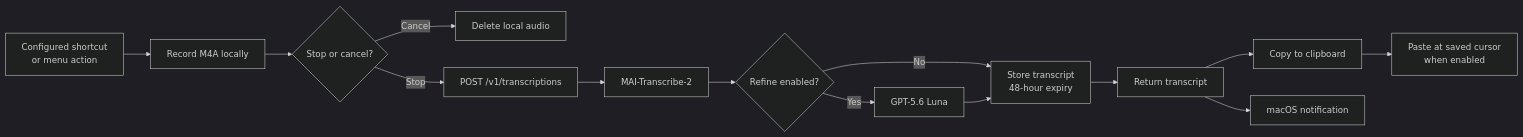
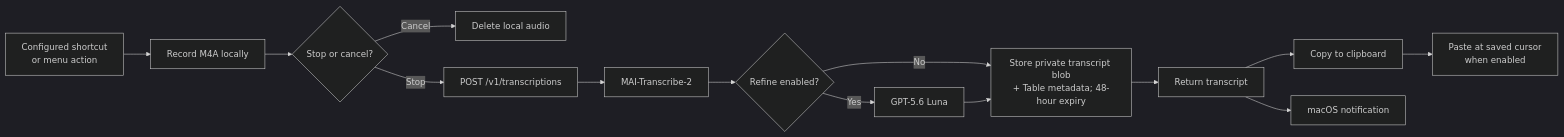
One commit to michalmar/voice-memo changed the first of 2 diagrams in README.md. Above: the diagram before and after it, drawn with Mermaid (dark theme). The commit also changed other lines of this file and 20 other files, not shown here.

````diff
--- a/README.md
+++ b/README.md
@@ -63,16 +63,16 @@
 ```mermaid
 flowchart LR
     Start["Configured shortcut<br/>or menu action"] --> Record["Record M4A locally"]
     Record --> Stop{"Stop or cancel?"}
     Stop -->|Cancel| Delete["Delete local audio"]
     Stop -->|Stop| API["POST /v1/transcriptions"]
     API --> MAI["MAI-Transcribe-2"]
     MAI --> Choice{"Refine enabled?"}
     Choice -->|Yes| Luna["GPT-5.6 Luna"]
-    Choice -->|No| Store["Store transcript<br/>48-hour expiry"]
+    Choice -->|No| Store["Store private transcript blob<br/>+ Table metadata; 48-hour expiry"]
     Luna --> Store
     Store --> Response["Return transcript"]
     Response --> Clipboard["Copy to clipboard"]
     Clipboard --> Paste["Paste at saved cursor<br/>when enabled"]
     Response --> Notice["macOS notification"]
 ```
````
